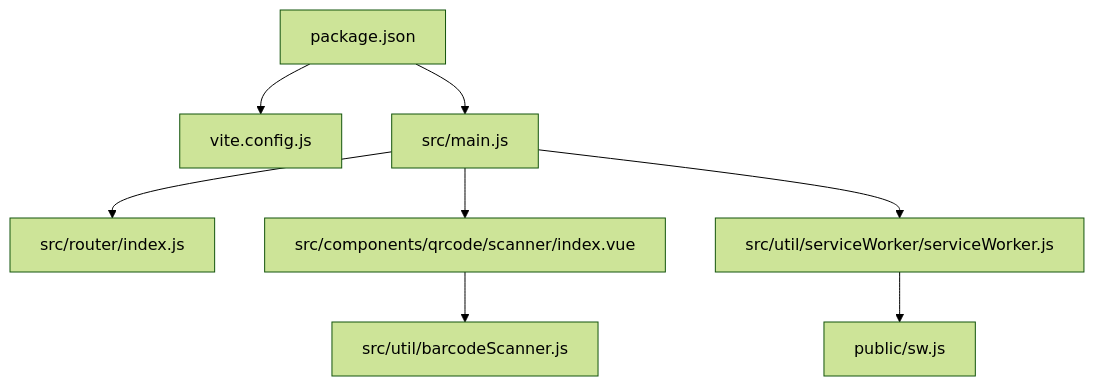
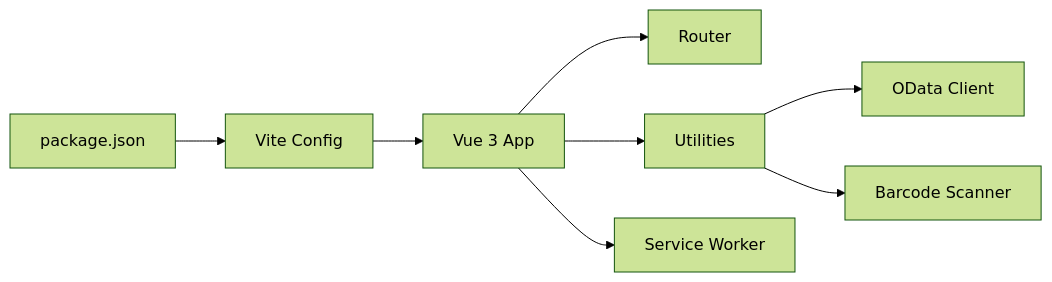
One commit to weiserman/ahm-gr-scanner-light-mode changed the sixth of 6 diagrams in .qoder/repowiki/en/content/Project Overview.md. Above: the diagram before and after it, drawn with Mermaid (forest theme). The commit also changed other lines of this file and 183 other files, not shown here.

````diff
--- a/.qoder/repowiki/en/content/Project Overview.md
+++ b/.qoder/repowiki/en/content/Project Overview.md
@@ -286,18 +303,10 @@
 ```mermaid
-graph TB
-Pkg["package.json"]
-Vite["vite.config.js"]
-Main["src/main.js"]
-Router["src/router/index.js"]
-Scanner["src/components/qrcode/scanner/index.vue"]
-Util["src/util/barcodeScanner.js"]
-SW["src/util/serviceWorker/serviceWorker.js"]
-PublicSW["public/sw.js"]
-Pkg --> Main
-Pkg --> Vite
-Main --> Router
-Main --> Scanner
-Scanner --> Util
-Main --> SW
-SW --> PublicSW
+graph LR
+Pkg["package.json"] --> Vite["Vite Config"]
+Vite --> App["Vue 3 App"]
+App --> Router["Router"]
+App --> Utils["Utilities"]
+Utils --> OData["OData Client"]
+Utils --> Scanner["Barcode Scanner"]
+App --> SW["Service Worker"]
 ```
````
